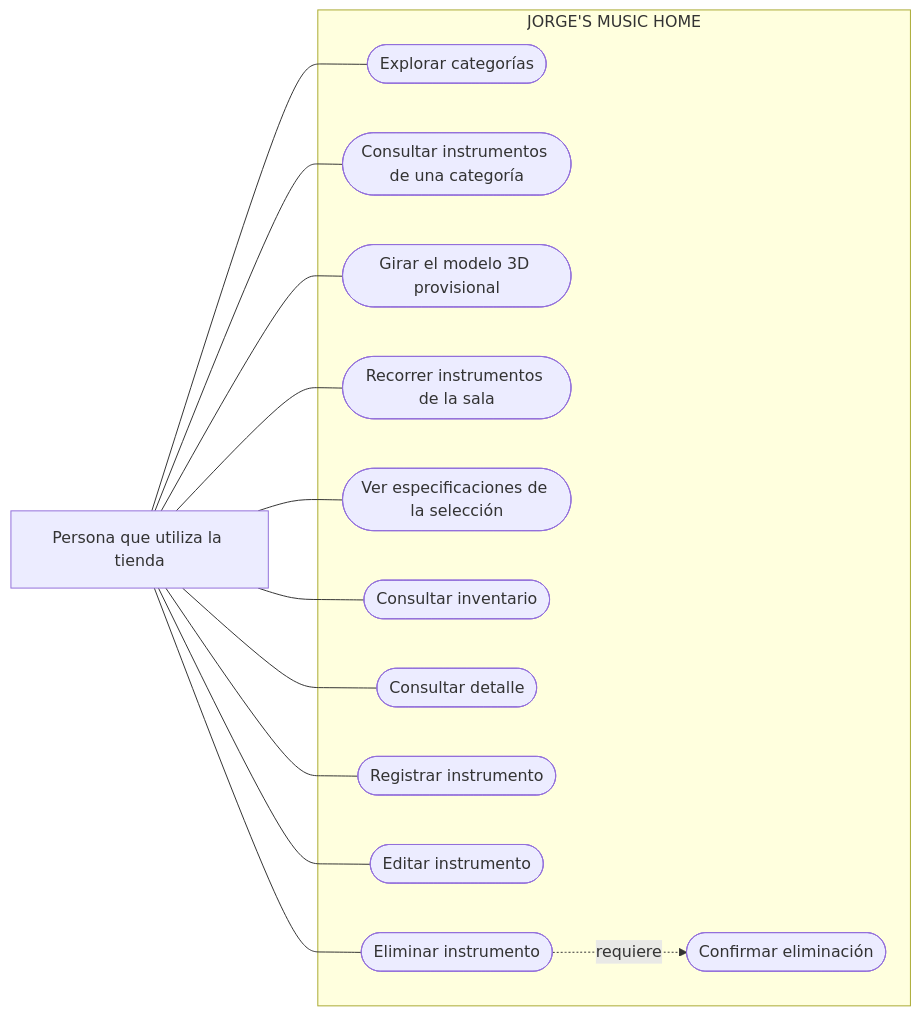
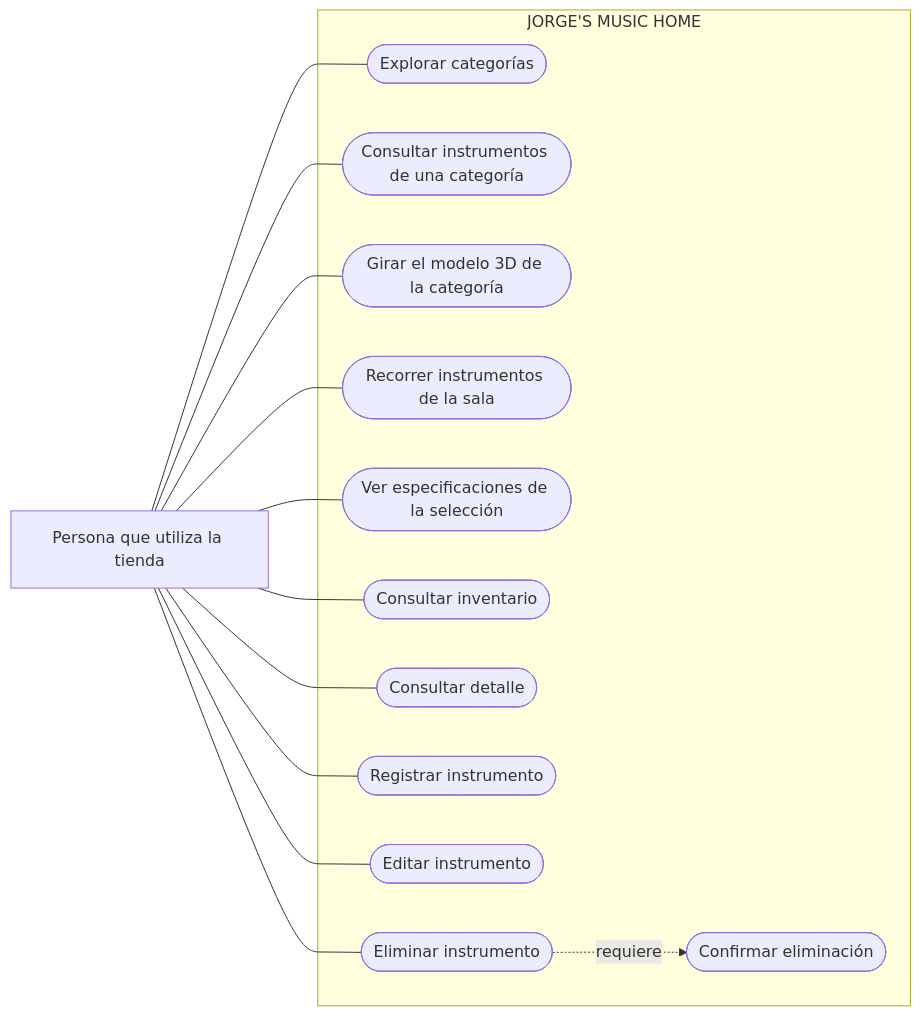
Before and after one commit to jorgehernanwb-spec/jorges-music-home: the diagram in docs/03_diagramas/casos_de_uso.md, drawn with Mermaid. The commit also changed other lines of this file and 28 other files, not shown here.

````diff
--- a/docs/03_diagramas/casos_de_uso.md
+++ b/docs/03_diagramas/casos_de_uso.md
@@ -5,28 +5,28 @@
 ```mermaid
 flowchart LR
     actor["Persona que utiliza la tienda"]
     subgraph inventario["JORGE'S MUSIC HOME"]
         galeria(["Explorar categorías"])
         sala(["Consultar instrumentos de una categoría"])
-        girar(["Girar el modelo 3D provisional"])
+        girar(["Girar el modelo 3D de la categoría"])
         alternar(["Recorrer instrumentos de la sala"])
         especificaciones(["Ver especificaciones de la selección"])
         catalogo(["Consultar inventario"])
         detalle(["Consultar detalle"])
         registrar(["Registrar instrumento"])
         editar(["Editar instrumento"])
         eliminar(["Eliminar instrumento"])
         confirmar(["Confirmar eliminación"])
         eliminar -. requiere .-> confirmar
     end
     actor --- galeria
     actor --- sala
     actor --- girar
     actor --- alternar
     actor --- especificaciones
     actor --- catalogo
     actor --- detalle
     actor --- registrar
     actor --- editar
     actor --- eliminar
 ```
````
